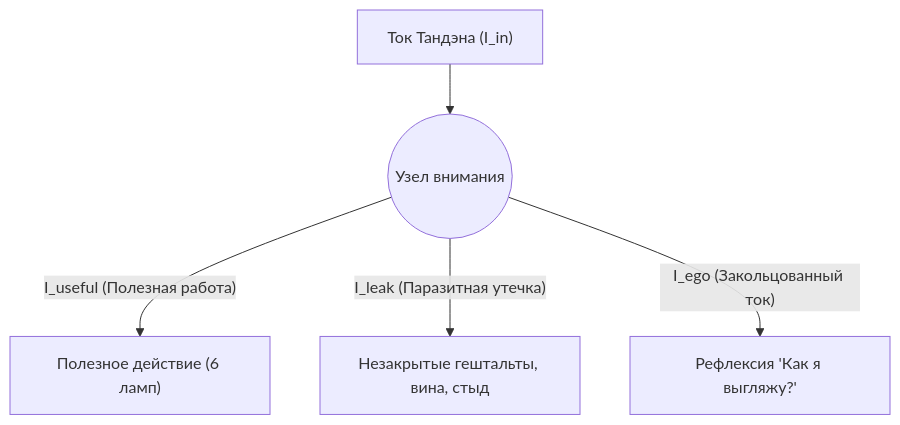
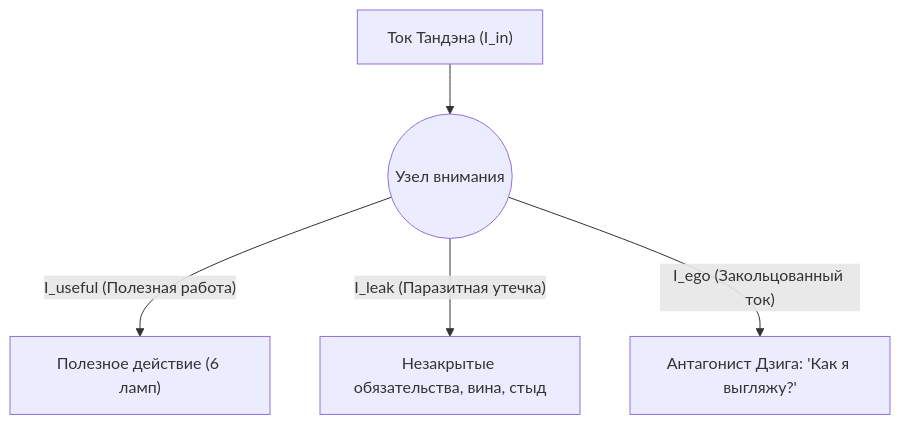
The fourth of 6 diagrams in wiki/Inner Current (Whitepaper — Variant 2 Pure Engineering Architecture).md (vsanyanov-ux/inner-current), drawn with Mermaid before and after one commit. The commit also changed other lines of this file and 86 other files, not shown here.

````diff
--- a/wiki/Inner Current (Whitepaper — Variant 2 Pure Engineering Architecture).md
+++ b/wiki/Inner Current (Whitepaper — Variant 2 Pure Engineering Architecture).md
@@ -139,7 +186,7 @@
 ```mermaid
 flowchart TD
     I_in["Ток Тандэна (I_in)"] --> Node(("Узел внимания"))
     Node -->|"I_useful (Полезная работа)"| Load["Полезное действие (6 ламп)"]
-    Node -->|"I_leak (Паразитная утечка)"| Leak["Незакрытые гештальты, вина, стыд"]
-    Node -->|"I_ego (Закольцованный ток)"| Ego["Рефлексия 'Как я выгляжу?'"]
+    Node -->|"I_leak (Паразитная утечка)"| Leak["Незакрытые обязательства, вина, стыд"]
+    Node -->|"I_ego (Закольцованный ток)"| Ego["Антагонист Дзига: 'Как я выгляжу?'"]
 ```
````
